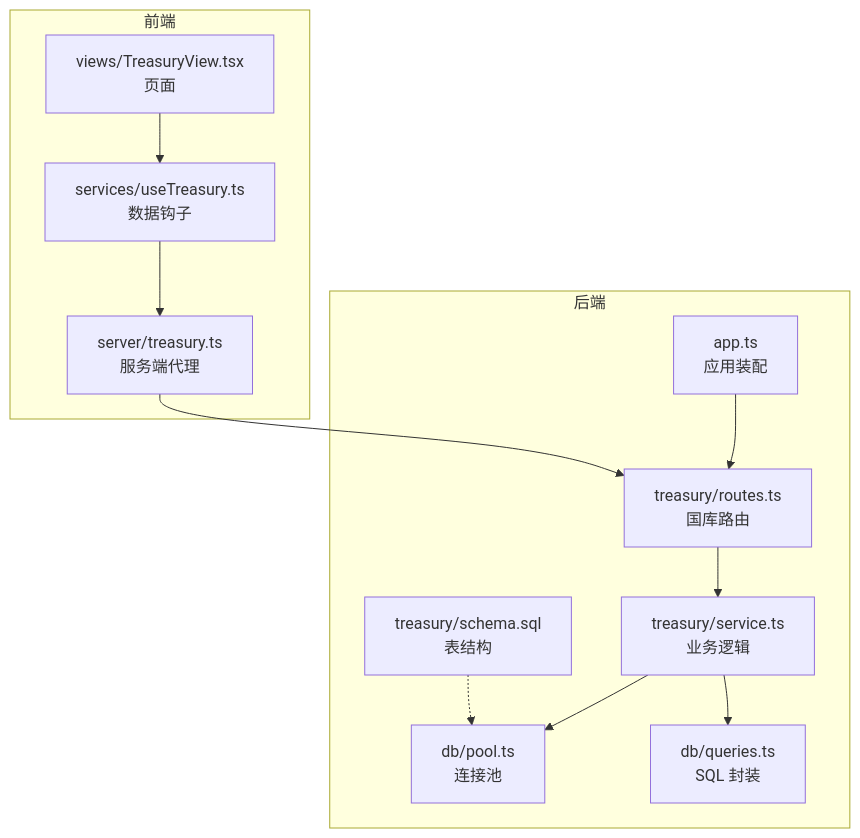
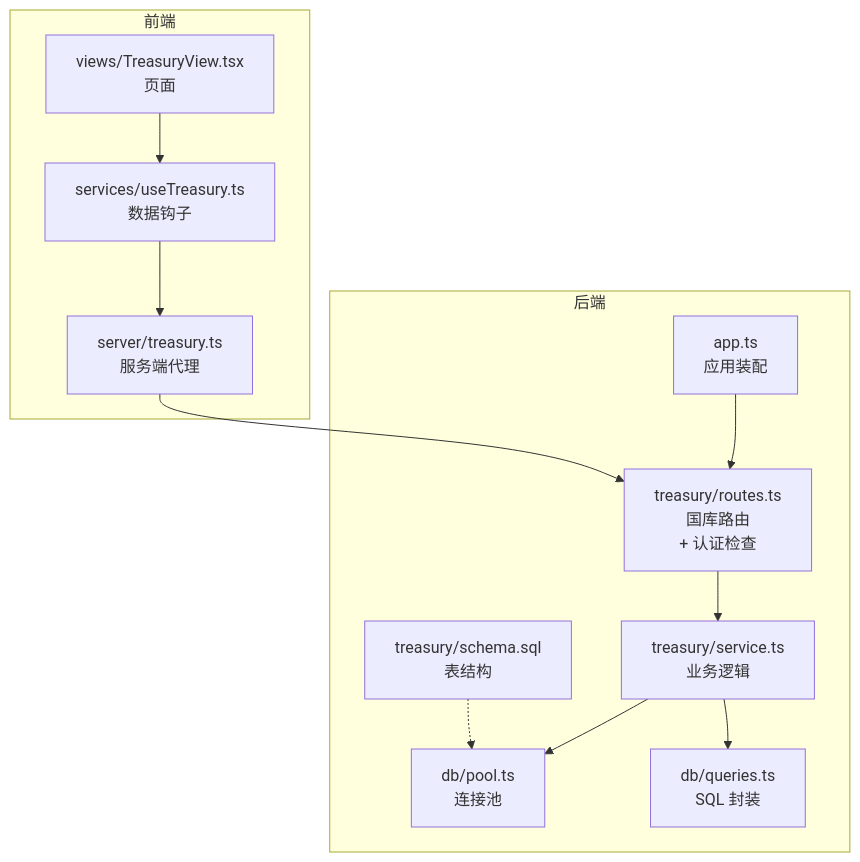
One commit to Maki3991/study-PactLedger changed the first of 3 diagrams in .qoder/repowiki/zh/content/业务逻辑层/国库管理系统.md. Above: the diagram before and after it, drawn with Mermaid. The commit also changed other lines of this file and 15 other files, not shown here.

````diff
--- a/.qoder/repowiki/zh/content/业务逻辑层/国库管理系统.md
+++ b/.qoder/repowiki/zh/content/业务逻辑层/国库管理系统.md
@@ -37,15 +43,15 @@
 ```mermaid
 graph TB
 subgraph "后端"
-A["app.ts<br/>应用装配"] --> B["treasury/routes.ts<br/>国库路由"]
+A["app.ts<br/>应用装配"] --> B["treasury/routes.ts<br/>国库路由<br/>+ 认证检查"]
 B --> C["treasury/service.ts<br/>业务逻辑"]
 C --> D["db/pool.ts<br/>连接池"]
 C --> E["db/queries.ts<br/>SQL 封装"]
 F["treasury/schema.sql<br/>表结构"] -.-> D
 end
 subgraph "前端"
 G["views/TreasuryView.tsx<br/>页面"] --> H["services/useTreasury.ts<br/>数据钩子"]
 H --> I["server/treasury.ts<br/>服务端代理"]
 end
 I --> B
 ```
````
